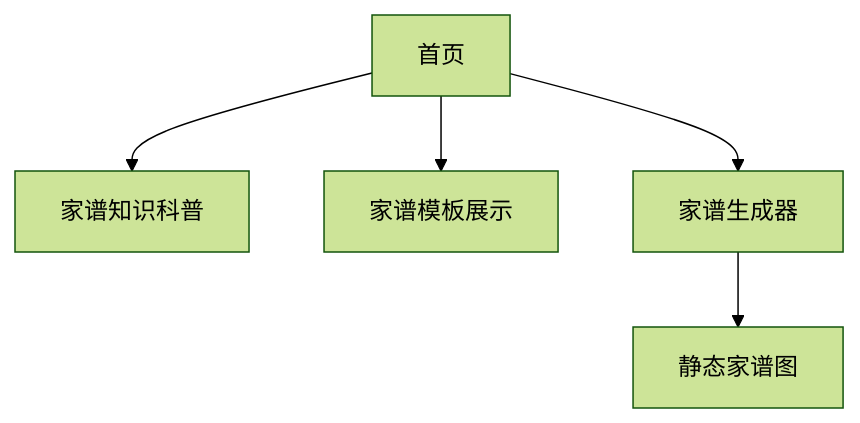
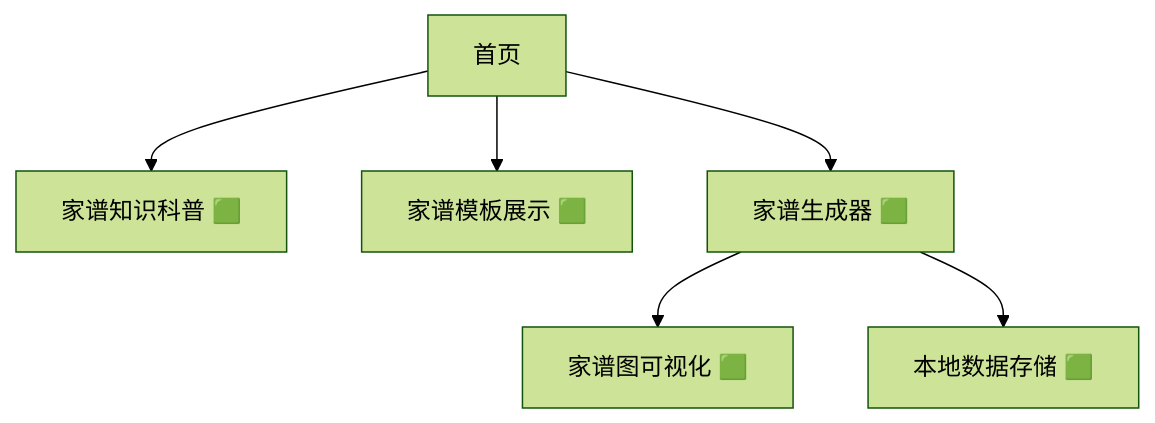
The first of 3 diagrams in docs/family-tree-dev-plan.md (lxiaolong068/family-tree), drawn with Mermaid (forest theme) before and after one commit. The commit also changed other lines of this file and 4 other files, not shown here.

Commit message:
feat: Enhance family tree generator with member management and Mermaid.js visualization

````diff
--- a/docs/family-tree-dev-plan.md
+++ b/docs/family-tree-dev-plan.md
@@ -35,7 +35,8 @@
 ```mermaid
 graph TD
-  首页 --> 家谱知识科普
-  首页 --> 家谱模板展示
-  首页 --> 家谱生成器
-  家谱生成器 --> 静态家谱图
+  首页 --> 家谱知识科普[家谱知识科普 🟩]
+  首页 --> 家谱模板展示[家谱模板展示 🟩]
+  首页 --> 家谱生成器[家谱生成器 🟩]
+  家谱生成器 --> 家谱图[家谱图可视化 🟩]
+  家谱生成器 --> 本地存储[本地数据存储 🟩]
 ```
````
